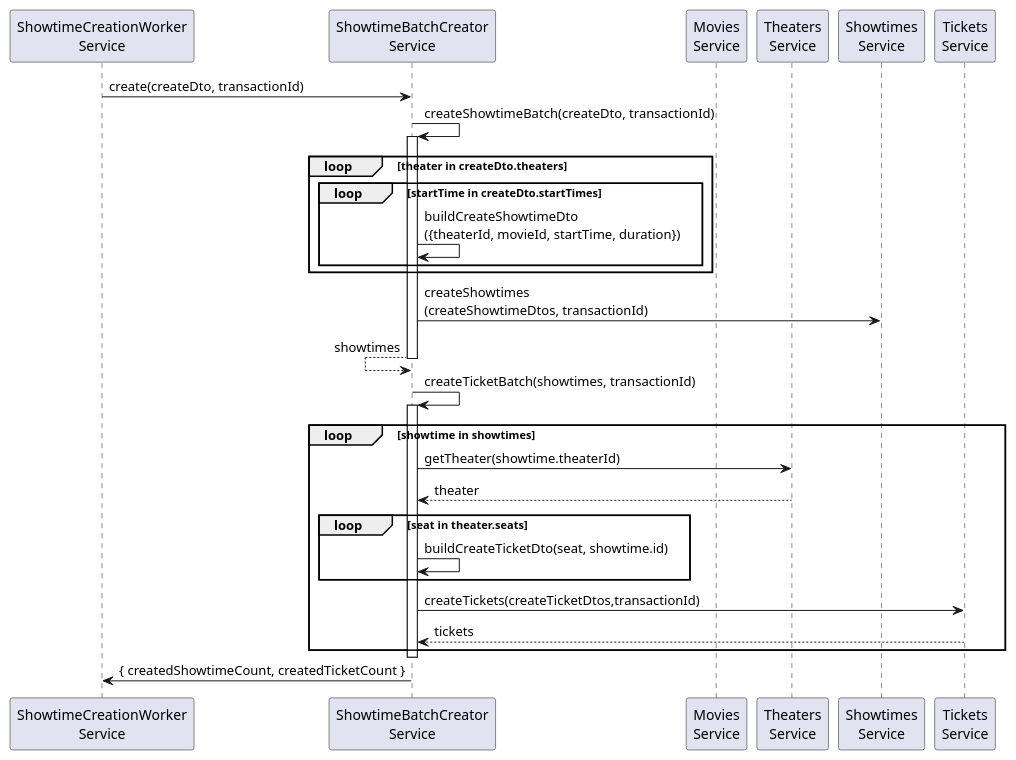
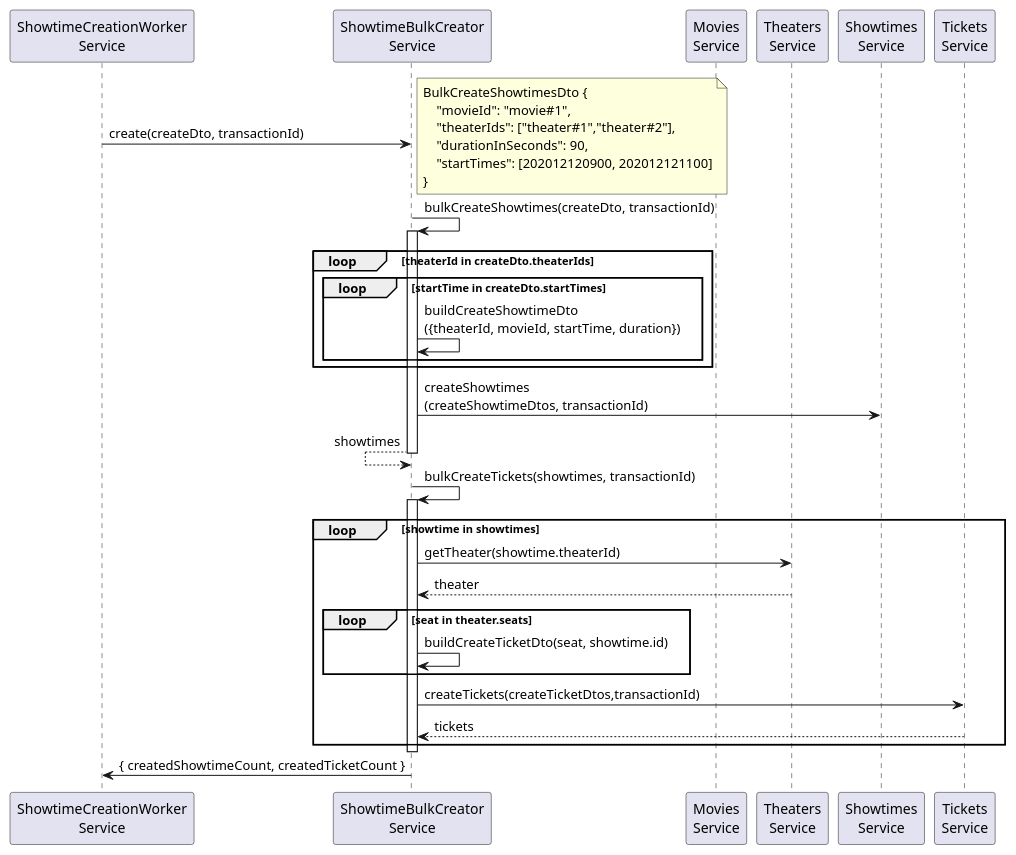
One commit to mannercode/mannercode.github.io changed diagram 13 of 16 in _posts/2025-06-01-backend-design-3.md. Above: the diagram before and after it, drawn with PlantUML. The commit also changed other lines of this file and 122 other files, not shown here.

First line of the commit message:
Add UML diagrams for Showtime Creation workflow

```diff
--- a/_posts/2025-06-01-backend-design-3.md
+++ b/_posts/2025-06-01-backend-design-3.md
@@ -611,37 +671,46 @@
 {% plantuml %}
 @startuml
 participant "ShowtimeCreationWorker\nService" as worker
-participant "ShowtimeBatchCreator\nService" as creator
+participant "ShowtimeBulkCreator\nService" as creator
 participant "Movies\nService" as movies
 participant "Theaters\nService" as theaters
 participant "Showtimes\nService" as showtimes
 participant "Tickets\nService" as tickets
 
 worker -> creator: create(createDto, transactionId)
-creator -> creator: createShowtimeBatch(createDto, transactionId)
+    note right
+        BulkCreateShowtimesDto {
+            "movieId": "movie#1",
+            "theaterIds": ["theater#1","theater#2"],
+            "durationInSeconds": 90,
+            "startTimes": [202012120900, 202012121100]
+        }
+    end note
+
+creator -> creator: bulkCreateShowtimes(createDto, transactionId)
 activate creator
-    loop theater in createDto.theaters
+    loop theaterId in createDto.theaterIds
         loop startTime in createDto.startTimes
             creator -> creator: buildCreateShowtimeDto\n({theaterId, movieId, startTime, duration})
         end
     end
 
     creator -> showtimes: createShowtimes\n(createShowtimeDtos, transactionId)
     creator <-- creator: showtimes
 deactivate creator
 
-creator -> creator: createTicketBatch(showtimes, transactionId)
+creator -> creator: bulkCreateTickets(showtimes, transactionId)
 activate creator
     loop showtime in showtimes
         creator -> theaters: getTheater(showtime.theaterId)
         creator <-- theaters: theater
         loop seat in theater.seats
             creator -> creator: buildCreateTicketDto(seat, showtime.id)
         end
         creator -> tickets: createTickets(createTicketDtos,transactionId)
         creator <-- tickets: tickets
     end
 deactivate creator
 worker <- creator: { createdShowtimeCount, createdTicketCount }
 @enduml
 {% endplantuml %}
```
